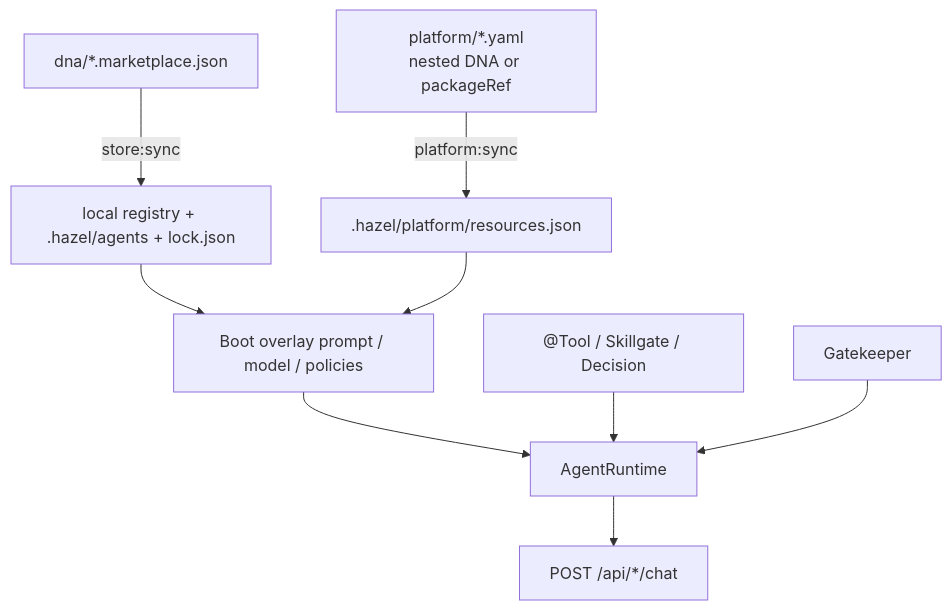
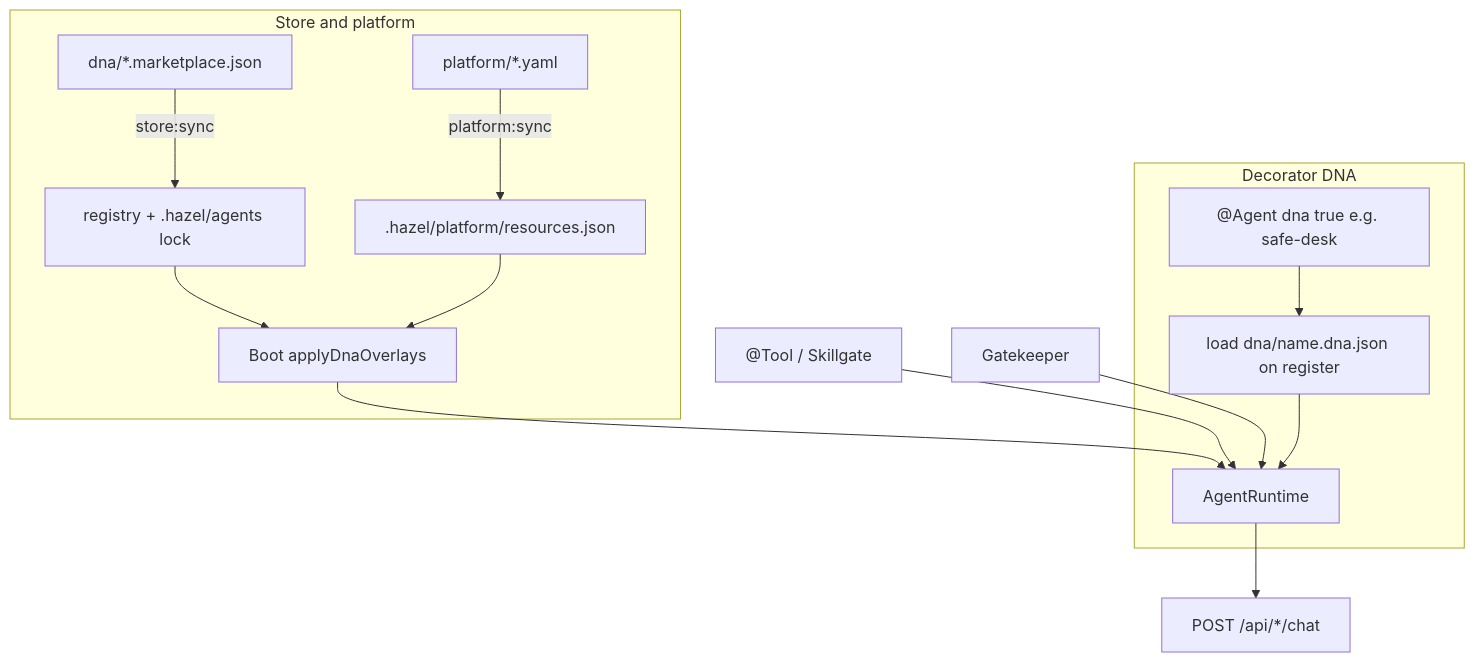
The third of 3 diagrams in README.md (hazel-js/hazeljs-meridian-ops), drawn with Mermaid before and after one commit. The commit also changed other lines of this file and 15 other files, not shown here.

````diff
--- a/README.md
+++ b/README.md
@@ -262,11 +259,18 @@
 ```mermaid
 flowchart TD
-  DNA["dna/*.marketplace.json"] -->|store:sync| Store["local registry + .hazel/agents + lock.json"]
-  YAML["platform/*.yaml<br/>nested DNA or packageRef"] -->|platform:sync| Plat[".hazel/platform/resources.json"]
-  Store --> Overlay
-  Plat --> Overlay[Boot overlay prompt / model / policies]
-  Overlay --> RT[AgentRuntime]
-  Code["@Tool / Skillgate / Decision"] --> RT
-  GK2[Gatekeeper] --> RT
+  subgraph decoratorPath [Decorator DNA]
+    Dec["@Agent dna true e.g. safe-desk"] --> Load["load dna/name.dna.json on register"]
+    Load --> RT
+  end
+  subgraph overlayPath [Store and platform]
+    Mkt["dna/*.marketplace.json"] -->|store:sync| Store["registry + .hazel/agents lock"]
+    YAML["platform/*.yaml"] -->|platform:sync| Plat[".hazel/platform/resources.json"]
+    Store --> Overlay
+    Plat --> Overlay["Boot applyDnaOverlays"]
+    Overlay --> RT
+  end
+  RT[AgentRuntime]
+  Code["@Tool / Skillgate"] --> RT
+  GK[Gatekeeper] --> RT
   RT --> Chat["POST /api/*/chat"]
 ```
````
